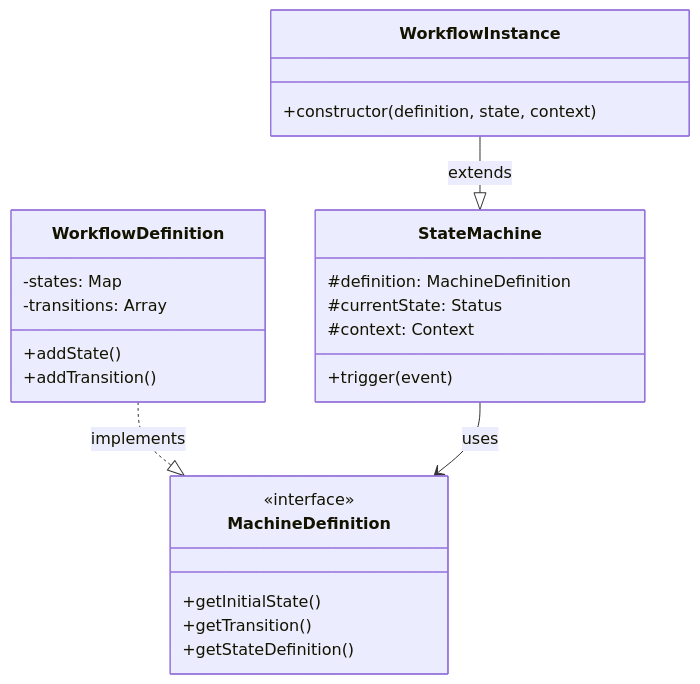
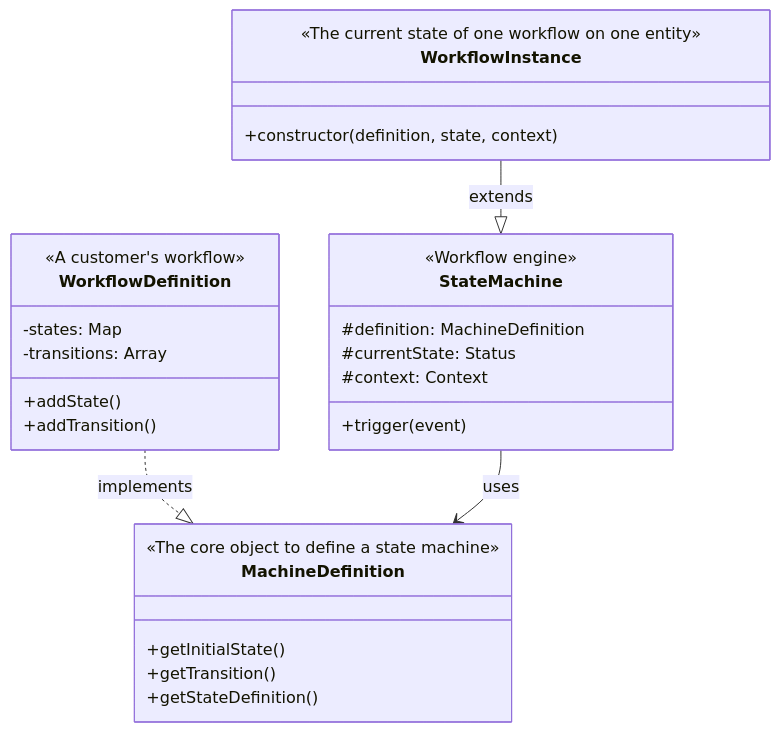
Before and after one commit to OctaveLaventure/workflow-state-machine-poc: the first of 2 diagrams in server/src/workflow/README.md, drawn with Mermaid. The commit also changed 1 other file, not shown here.

Commit message:
add workflows feature-specific handlers

````diff
--- a/server/src/workflow/README.md
+++ b/server/src/workflow/README.md
@@ -124,31 +124,34 @@
 ```mermaid
 classDiagram
     class MachineDefinition {
-        <<interface>>
+        <<The core object to define a state machine>>
         +getInitialState()
         +getTransition()
         +getStateDefinition()
     }
 
     class WorkflowDefinition {
+        <<A customer's workflow>>
         -states: Map
         -transitions: Array
         +addState()
         +addTransition()
     }
 
     class StateMachine {
+        <<Workflow engine>>
         #definition: MachineDefinition
         #currentState: Status
         #context: Context
         +trigger(event)
     }
 
     class WorkflowInstance {
+        <<The current state of one workflow on one entity>>
         +constructor(definition, state, context)
     }
 
     WorkflowDefinition ..|> MachineDefinition : implements
     StateMachine --> MachineDefinition : uses
     WorkflowInstance --|> StateMachine : extends
 ```
````
